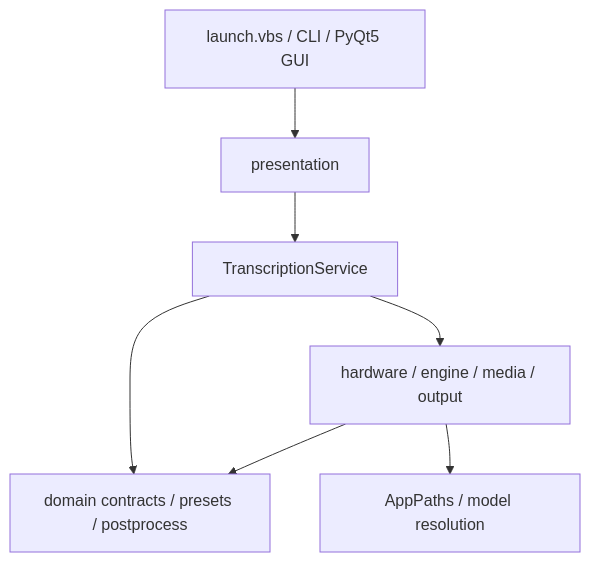
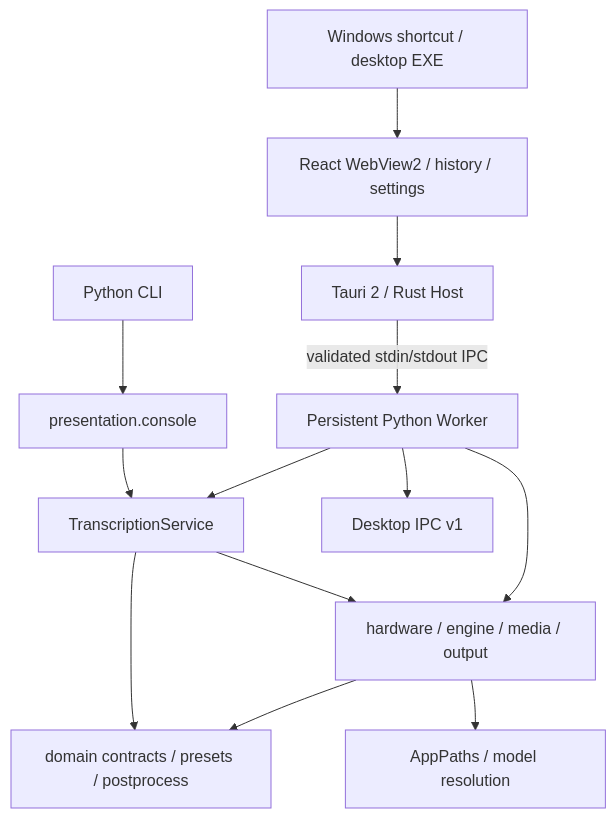
One commit to DewMysimple/Whisper changed the diagram in Log/00-项目记忆/当前工程状态.md. Above: the diagram before and after it, drawn with Mermaid. The commit also changed other lines of this file and 231 other files, not shown here.

Commit message:
feat: complete Tauri desktop architecture migration

````diff
--- a/Log/00-项目记忆/当前工程状态.md
+++ b/Log/00-项目记忆/当前工程状态.md
@@ -33,9 +33,15 @@
 ```mermaid
 flowchart TD
-    Entry["launch.vbs / CLI / PyQt5 GUI"] --> Presentation["presentation"]
+    CLI["Python CLI"] --> Presentation["presentation.console"]
     Presentation --> Application["TranscriptionService"]
     Application --> Domain["domain contracts / presets / postprocess"]
     Application --> Infrastructure["hardware / engine / media / output"]
     Infrastructure --> Domain
     Infrastructure --> Paths["AppPaths / model resolution"]
+    Worker["Persistent Python Worker"] --> Protocol["Desktop IPC v1"]
+    Worker --> Application
+    Worker --> Infrastructure
+    Entry["Windows shortcut / desktop EXE"] --> Desktop["React WebView2 / history / settings"]
+    Desktop --> Host["Tauri 2 / Rust Host"]
+    Host -->|"validated stdin/stdout IPC"| Worker
 ```
````
